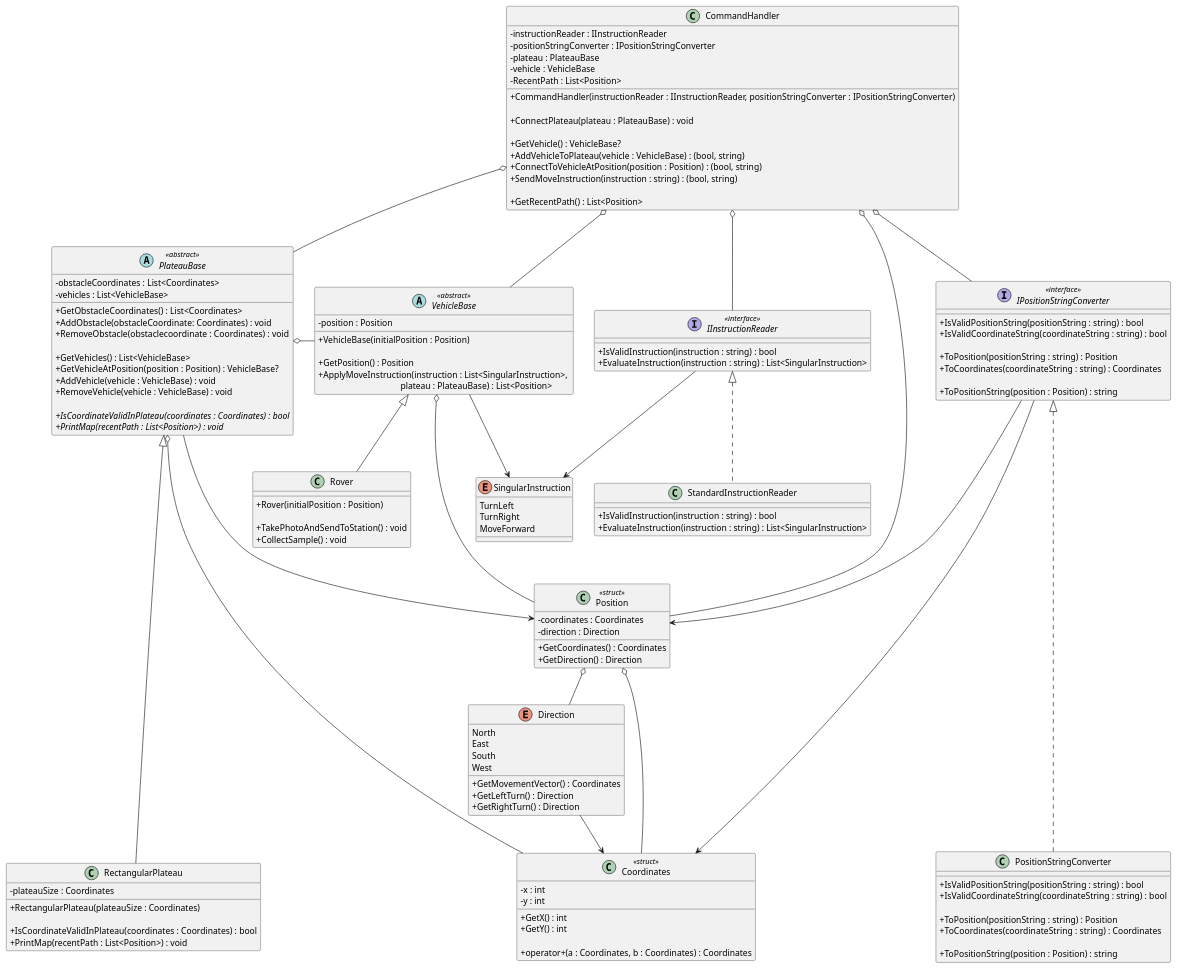
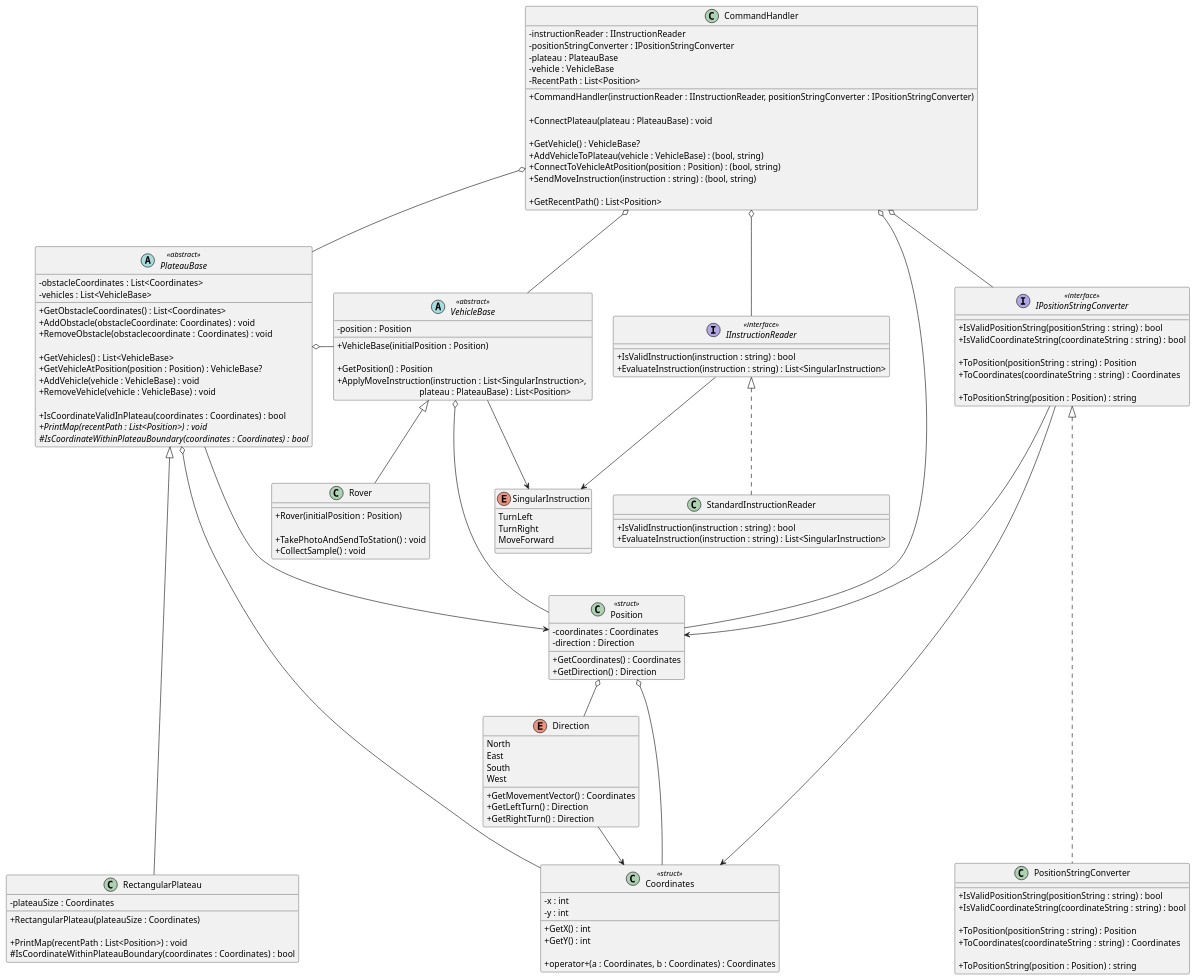
One commit to iamfranco/MarsRoverChallenge changed the diagram in diagrams/MarsRoverChallenge.puml. Above: the diagram before and after it, drawn with PlantUML. The commit also changed 1 other file, not shown here.

Commit message:
UML: add abstract method IsCoordinateWithinPlateauBoundary to PlateauBase, make IsCoordinateValidInPlateau non abstract

```diff
--- a/diagrams/MarsRoverChallenge.puml
+++ b/diagrams/MarsRoverChallenge.puml
@@ -1,171 +1,172 @@
 @startuml "Mars Rover Challenge"
 skinparam classAttributeIconSize 0
 
 class CommandHandler
 {
   - instructionReader : IInstructionReader
   - positionStringConverter : IPositionStringConverter
   - plateau : PlateauBase
   - vehicle : VehicleBase
   - RecentPath : List<Position>
 
   + CommandHandler(instructionReader : IInstructionReader, positionStringConverter : IPositionStringConverter)
   
   + ConnectPlateau(plateau : PlateauBase) : void
 
   + GetVehicle() : VehicleBase?
   + AddVehicleToPlateau(vehicle : VehicleBase) : (bool, string)
   + ConnectToVehicleAtPosition(position : Position) : (bool, string)
   + SendMoveInstruction(instruction : string) : (bool, string)
 
   + GetRecentPath() : List<Position>
 }
 
 interface IInstructionReader <<interface>>
 {
   + IsValidInstruction(instruction : string) : bool
   + EvaluateInstruction(instruction : string) : List<SingularInstruction>
 }
 
 enum SingularInstruction
 {
   TurnLeft
   TurnRight
   MoveForward
 }
 
 class StandardInstructionReader
 {
   + IsValidInstruction(instruction : string) : bool
   + EvaluateInstruction(instruction : string) : List<SingularInstruction>
 }
 
 abstract PlateauBase <<abstract>>
 {
   - obstacleCoordinates : List<Coordinates>
   - vehicles : List<VehicleBase>
 
   + GetObstacleCoordinates() : List<Coordinates>
   + AddObstacle(obstacleCoordinate: Coordinates) : void
   + RemoveObstacle(obstaclecoordinate : Coordinates) : void
 
   + GetVehicles() : List<VehicleBase>
   + GetVehicleAtPosition(position : Position) : VehicleBase?
   + AddVehicle(vehicle : VehicleBase) : void
   + RemoveVehicle(vehicle : VehicleBase) : void
 
-  {abstract} + IsCoordinateValidInPlateau(coordinates : Coordinates) : bool
+   + IsCoordinateValidInPlateau(coordinates : Coordinates) : bool
   {abstract} + PrintMap(recentPath : List<Position>) : void
+  {abstract} # IsCoordinateWithinPlateauBoundary(coordinates : Coordinates) : bool
 }
 
 class RectangularPlateau
 {
   - plateauSize : Coordinates
 
   + RectangularPlateau(plateauSize : Coordinates)
 
-  + IsCoordinateValidInPlateau(coordinates : Coordinates) : bool
   + PrintMap(recentPath : List<Position>) : void
+  # IsCoordinateWithinPlateauBoundary(coordinates : Coordinates) : bool
 }
 
 class Coordinates <<struct>>
 {
   - x : int
   - y : int
 
   + GetX() : int
   + GetY() : int
 
   + operator+(a : Coordinates, b : Coordinates) : Coordinates
 }
 
 enum Direction
 {
   North
   East
   South
   West
 
   + GetMovementVector() : Coordinates
   + GetLeftTurn() : Direction
   + GetRightTurn() : Direction
 }
 
 interface IPositionStringConverter <<interface>>
 {
   + IsValidPositionString(positionString : string) : bool
   + IsValidCoordinateString(coordinateString : string) : bool
 
   + ToPosition(positionString : string) : Position
   + ToCoordinates(coordinateString : string) : Coordinates
 
   + ToPositionString(position : Position) : string
 }
 
 class Position <<struct>>
 {
   - coordinates : Coordinates
   - direction : Direction
 
   + GetCoordinates() : Coordinates
   + GetDirection() : Direction
 }
 
 class PositionStringConverter
 {
   + IsValidPositionString(positionString : string) : bool
   + IsValidCoordinateString(coordinateString : string) : bool
 
   + ToPosition(positionString : string) : Position
   + ToCoordinates(coordinateString : string) : Coordinates
 
   + ToPositionString(position : Position) : string
 }
 
 class Rover
 {
   + Rover(initialPosition : Position)
 
   + TakePhotoAndSendToStation() : void
   + CollectSample() : void
 }
 
 abstract VehicleBase <<abstract>>
 {
   - position : Position
 
   + VehicleBase(initialPosition : Position)
 
   + GetPosition() : Position
   + ApplyMoveInstruction(instruction : List<SingularInstruction>, \n\
                                      plateau : PlateauBase) : List<Position>
 }
 
 CommandHandler o-- IInstructionReader
 CommandHandler o-- IPositionStringConverter
 CommandHandler o-- PlateauBase
 CommandHandler o-- VehicleBase
 CommandHandler o---- Position
 
 IInstructionReader --> SingularInstruction
 IInstructionReader <|.. StandardInstructionReader 
 
 VehicleBase <|-- Rover
 VehicleBase --> SingularInstruction
 VehicleBase o--- Position
 
 IPositionStringConverter <|..... PositionStringConverter
 IPositionStringConverter ---> Position
 IPositionStringConverter ---> Coordinates
 
 PlateauBase <|----- RectangularPlateau
 PlateauBase --> Position
 PlateauBase o-- Coordinates
 PlateauBase o- VehicleBase
 
 Direction --> Coordinates 
 
 Position o-- Direction
 Position o-- Coordinates
 
 @enduml
```
